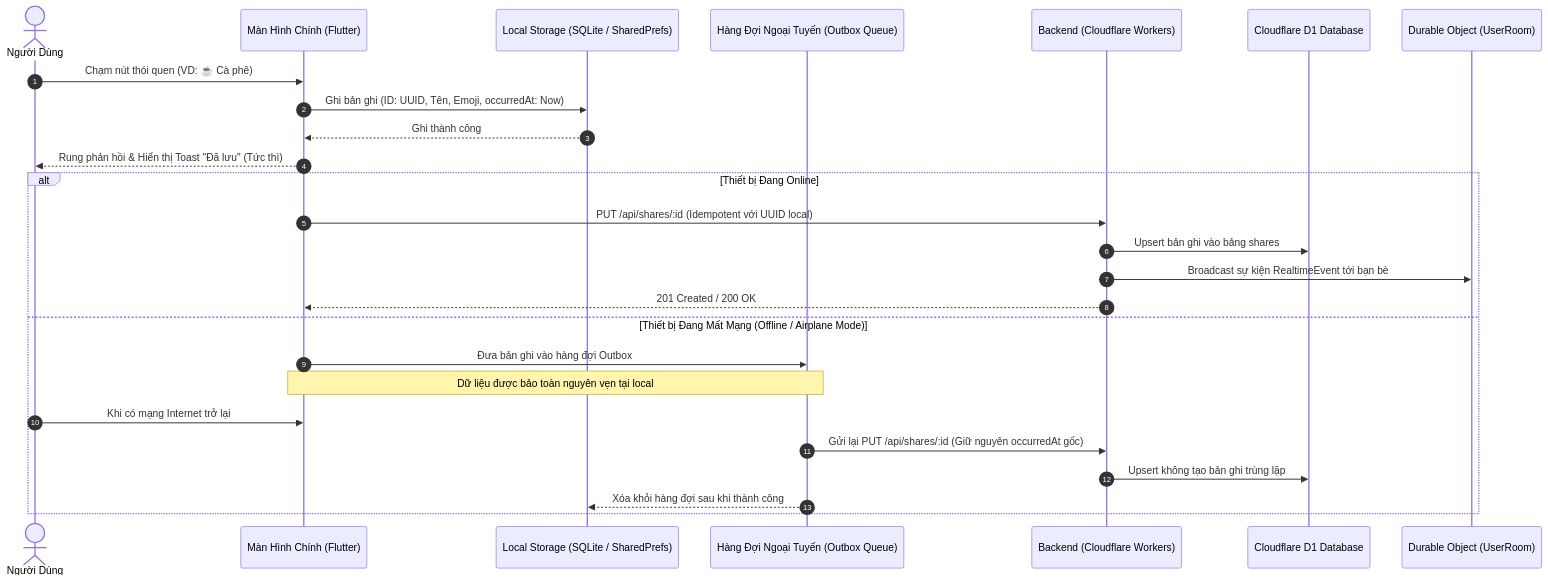
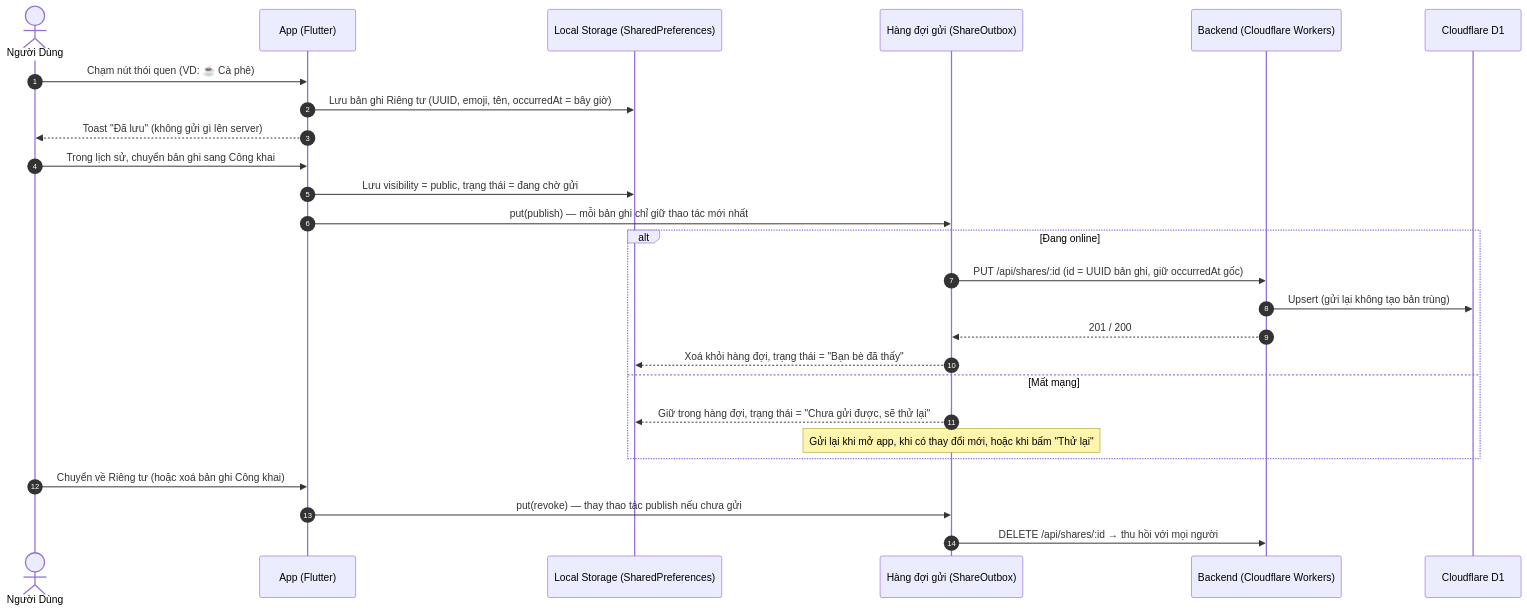
The second of 2 diagrams in docs/app_usage_and_backend_routing.md (PRM393GROUP3/Cham-ActivityLogWithPeople), drawn with Mermaid before and after one commit. The commit also changed other lines of this file and 78 other files, not shown here.

First line of the commit message:
Private/Public sharing, event types & notes, stats; remove todos (#7)

````diff
--- a/docs/app_usage_and_backend_routing.md
+++ b/docs/app_usage_and_backend_routing.md
@@ -91,30 +120,32 @@
 ```mermaid
 sequenceDiagram
     autonumber
     actor User as Người Dùng
-    participant UI as Màn Hình Chính (Flutter)
-    participant Local as Local Storage (SQLite / SharedPrefs)
-    participant Outbox as Hàng Đợi Ngoại Tuyến (Outbox Queue)
+    participant UI as App (Flutter)
+    participant Local as Local Storage (SharedPreferences)
+    participant Outbox as Hàng đợi gửi (ShareOutbox)
     participant API as Backend (Cloudflare Workers)
-    participant DB as Cloudflare D1 Database
-    participant WS as Durable Object (UserRoom)
+    participant DB as Cloudflare D1
 
     User->>UI: Chạm nút thói quen (VD: ☕ Cà phê)
-    UI->>Local: Ghi bản ghi (ID: UUID, Tên, Emoji, occurredAt: Now)
-    Local-->>UI: Ghi thành công
-    UI-->>User: Rung phản hồi & Hiển thị Toast "Đã lưu" (Tức thì)
+    UI->>Local: Lưu bản ghi Riêng tư (UUID, emoji, tên, occurredAt = bây giờ)
+    UI-->>User: Toast "Đã lưu" (không gửi gì lên server)
 
-    alt Thiết bị Đang Online
-        UI->>API: PUT /api/shares/:id (Idempotent với UUID local)
-        API->>DB: Upsert bản ghi vào bảng shares
-        API->>WS: Broadcast sự kiện RealtimeEvent tới bạn bè
-        API-->>UI: 201 Created / 200 OK
-    else Thiết bị Đang Mất Mạng (Offline / Airplane Mode)
-        UI->>Outbox: Đưa bản ghi vào hàng đợi Outbox
-        Note over UI,Outbox: Dữ liệu được bảo toàn nguyên vẹn tại local
-        User->>UI: Khi có mạng Internet trở lại
-        Outbox->>API: Gửi lại PUT /api/shares/:id (Giữ nguyên occurredAt gốc)
-        API->>DB: Upsert không tạo bản ghi trùng lặp
-        Outbox-->>Local: Xóa khỏi hàng đợi sau khi thành công
+    User->>UI: Trong lịch sử, chuyển bản ghi sang Công khai
+    UI->>Local: Lưu visibility = public, trạng thái = đang chờ gửi
+    UI->>Outbox: put(publish) — mỗi bản ghi chỉ giữ thao tác mới nhất
+
+    alt Đang online
+        Outbox->>API: PUT /api/shares/:id (id = UUID bản ghi, giữ occurredAt gốc)
+        API->>DB: Upsert (gửi lại không tạo bản trùng)
+        API-->>Outbox: 201 / 200
+        Outbox-->>Local: Xoá khỏi hàng đợi, trạng thái = "Bạn bè đã thấy"
+    else Mất mạng
+        Outbox-->>Local: Giữ trong hàng đợi, trạng thái = "Chưa gửi được, sẽ thử lại"
+        Note over Outbox: Gửi lại khi mở app, khi có thay đổi mới, hoặc khi bấm "Thử lại"
     end
+
+    User->>UI: Chuyển về Riêng tư (hoặc xoá bản ghi Công khai)
+    UI->>Outbox: put(revoke) — thay thao tác publish nếu chưa gửi
+    Outbox->>API: DELETE /api/shares/:id → thu hồi với mọi người
 ```
````
